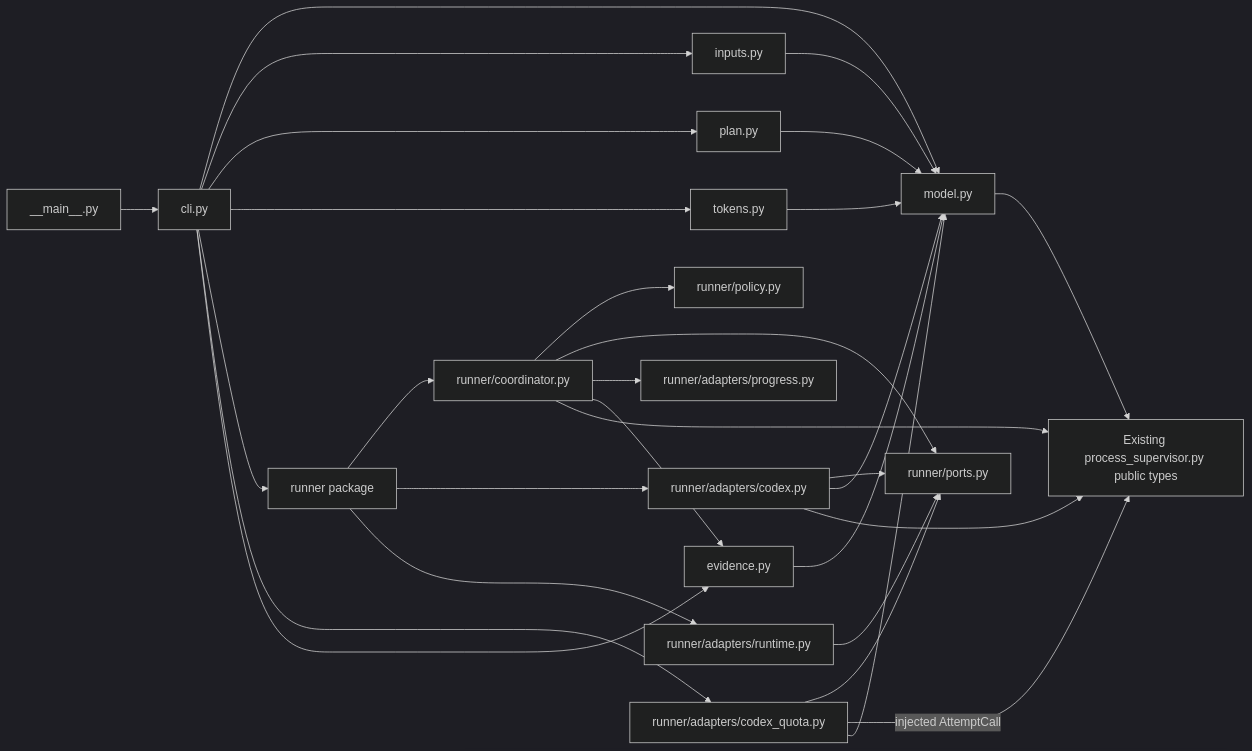
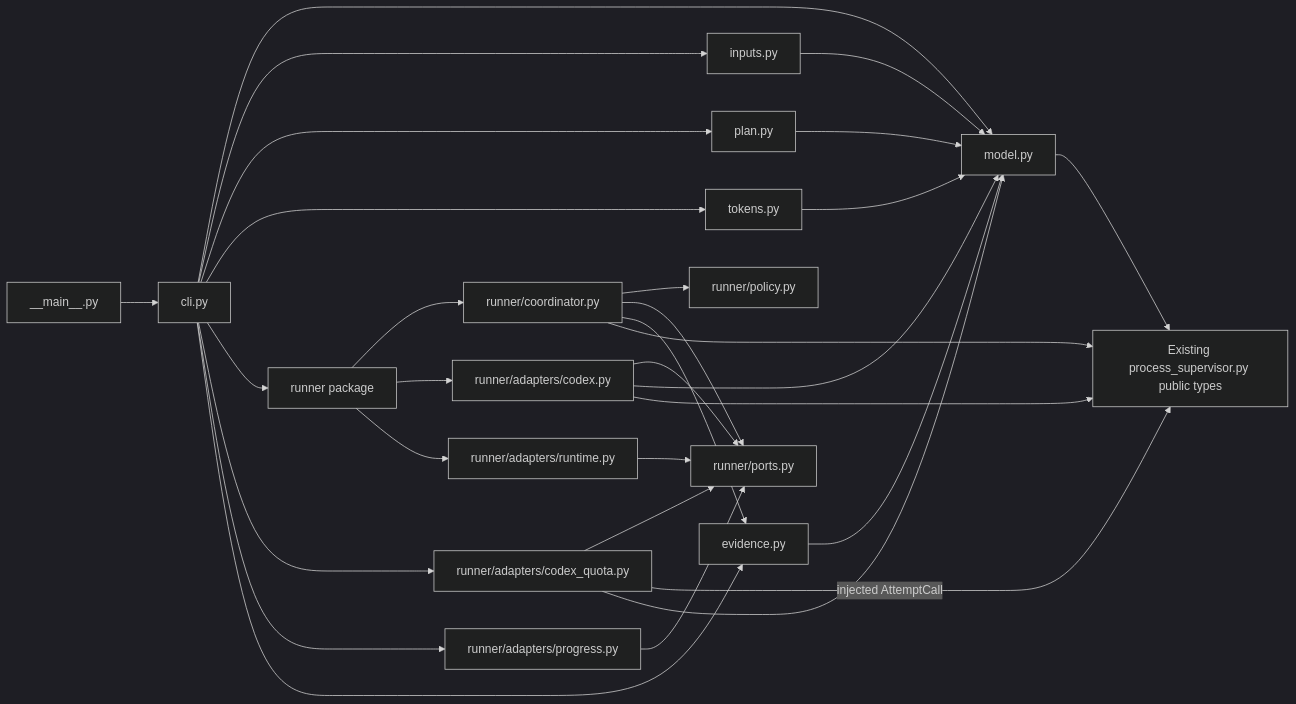
Before and after one commit to msitarz/ataraxia: the second of 2 diagrams in doc/feat/reviewer/engineering/evaluation/evaluation-harness/architecture.md, drawn with Mermaid (dark theme). The commit also changed other lines of this file and 6 other files, not shown here.

````diff
--- a/doc/feat/reviewer/engineering/evaluation/evaluation-harness/architecture.md
+++ b/doc/feat/reviewer/engineering/evaluation/evaluation-harness/architecture.md
@@ -700,31 +736,32 @@
 ```mermaid
 flowchart LR
     CLI[cli.py] --> MODEL[model.py]
     CLI --> INPUTS[inputs.py]
     CLI --> PLAN[plan.py]
     CLI --> TOKENS[tokens.py]
     CLI --> RUNNER[runner package]
     CLI --> QUOTA[runner/adapters/codex_quota.py]
+    CLI --> PROGRESS_ADAPTER[runner/adapters/progress.py]
     CLI --> EVIDENCE[evidence.py]
     RUNNER --> COORD[runner/coordinator.py]
     RUNNER --> CODEX[runner/adapters/codex.py]
     RUNNER --> RUNTIME[runner/adapters/runtime.py]
     COORD --> POLICY[runner/policy.py]
     COORD --> PORTS[runner/ports.py]
-    COORD --> PROGRESS[runner/adapters/progress.py]
     CODEX --> PORTS
     QUOTA --> PORTS
     RUNTIME --> PORTS
+    PROGRESS_ADAPTER --> PORTS
     QUOTA -->|injected AttemptCall| SUP[Existing process supervisor]
     CODEX --> MODEL
     QUOTA --> MODEL
     INPUTS --> MODEL
     PLAN --> MODEL
     TOKENS --> MODEL
     COORD --> EVIDENCE
     EVIDENCE --> MODEL
     MODEL --> SUP[Existing process_supervisor.py public types]
     COORD --> SUP
     CODEX --> SUP
     MAIN[__main__.py] --> CLI
 ```
````
